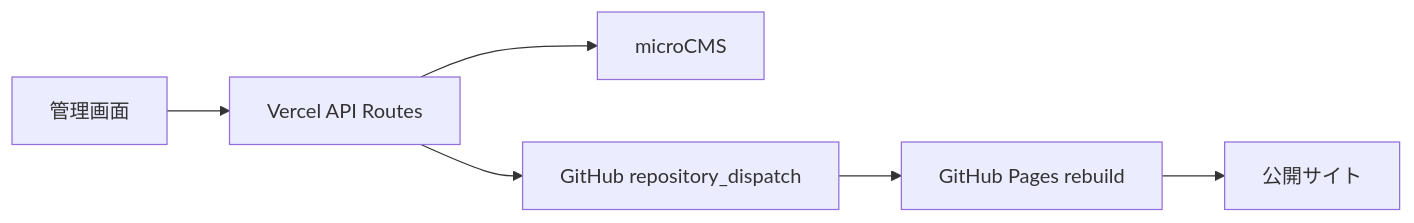
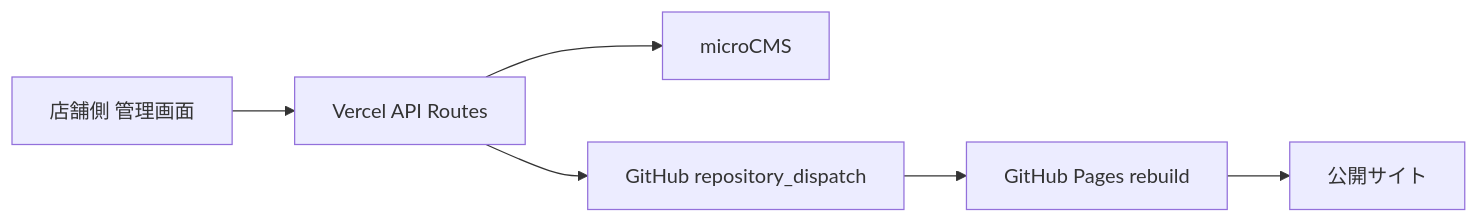
The diagram in docs/dedicated-admin-app-v1.md (Token08/bassic), drawn with Mermaid before and after one commit. The commit also changed other lines of this file and 6 other files, not shown here.

````diff
--- a/docs/dedicated-admin-app-v1.md
+++ b/docs/dedicated-admin-app-v1.md
@@ -43,8 +55,8 @@
 ```mermaid
 flowchart LR
-  A["管理画面"] --> B["Vercel API Routes"]
+  A["店舗側 管理画面"] --> B["Vercel API Routes"]
   B --> C["microCMS"]
   B --> D["GitHub repository_dispatch"]
   D --> E["GitHub Pages rebuild"]
   E --> F["公開サイト"]
 ```
````
